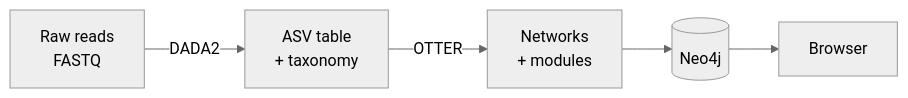
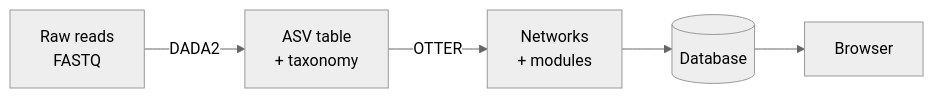
The diagram in README.md (benblumbach-eng/manta), drawn with Mermaid (neutral theme) before and after one commit. The commit also changed other lines of this file, not shown here.

````diff
--- a/README.md
+++ b/README.md
@@ -44,7 +39,7 @@
 ```mermaid
 flowchart LR
     A[Raw reads<br/>FASTQ] -->|DADA2| B[ASV table<br/>+ taxonomy]
     B -->|OTTER| C[Networks<br/>+ modules]
-    C --> D[(Neo4j)]
+    C --> D[(Database)]
     D --> E[Browser]
 ```
````
